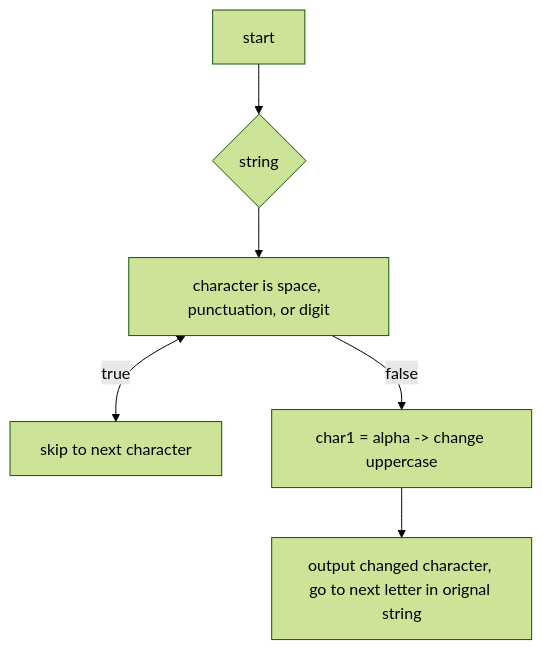
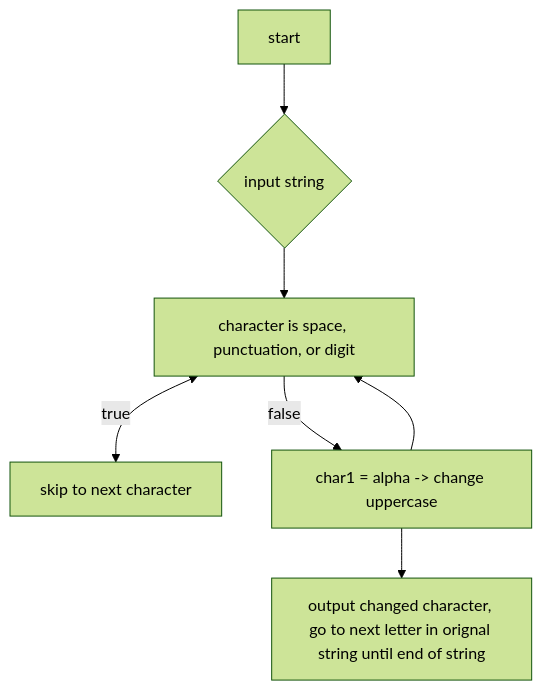
One commit to DatBoiBeRolling/C-plus-plus changed the diagram in chapter4/mytitle-flow.mmd. Above: the diagram before and after it, drawn with Mermaid (forest theme).

Commit message:
chapter4

```diff
--- a/chapter4/mytitle-flow.mmd
+++ b/chapter4/mytitle-flow.mmd
@@ -1,8 +1,9 @@
 flowchart TD
 
 	mystart[start]
-	mystart --> input{string}
+	mystart --> input{input string}
 	input --> charFlag1[character is space, punctuation, or digit]
 	charFlag1 <--> |true| res1[skip to next character]
 	charFlag1 --> |false| res2[char1 = alpha -> change uppercase]
-	res2 --> out1[output changed character, go to next letter in orignal string]
+	res2 --> out1[output changed character, go to next letter in orignal string until end of string]
+	res2 --> charFlag1
```
